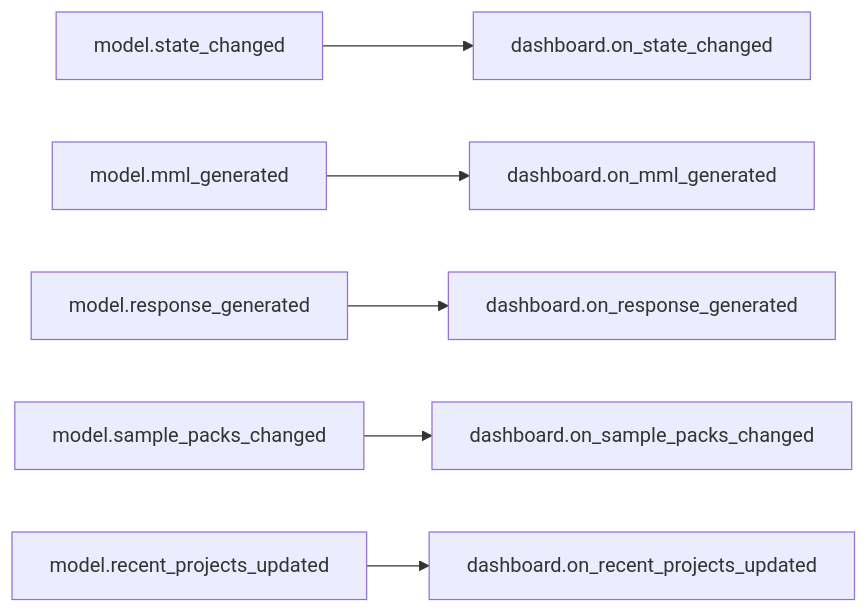
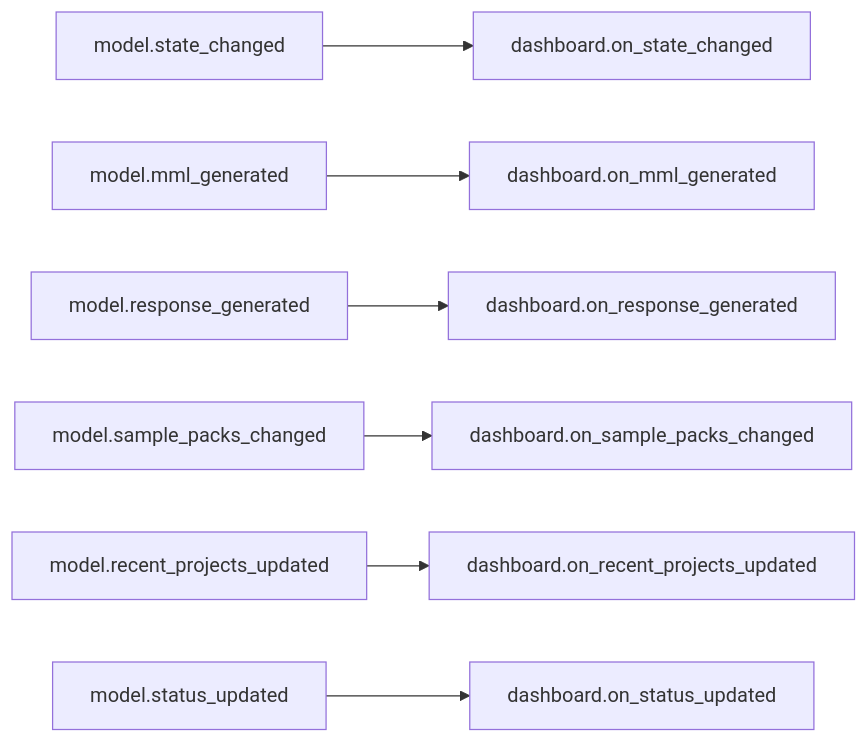
One commit to com-posers-pit/smw_music changed the first of 10 diagrams in doc/source/dashboard_signal_slot_map.rst. Above: the diagram before and after it, drawn with Mermaid. The commit also changed 3 other files, not shown here.

```diff
--- a/doc/source/dashboard_signal_slot_map.rst
+++ b/doc/source/dashboard_signal_slot_map.rst
@@ -22,8 +22,9 @@
 .. mermaid::
 
    flowchart LR
       model.state_changed --> dashboard.on_state_changed
       model.mml_generated --> dashboard.on_mml_generated
       model.response_generated --> dashboard.on_response_generated
       model.sample_packs_changed --> dashboard.on_sample_packs_changed
       model.recent_projects_updated --> dashboard.on_recent_projects_updated
+      model.status_updated --> dashboard.on_status_updated
```
